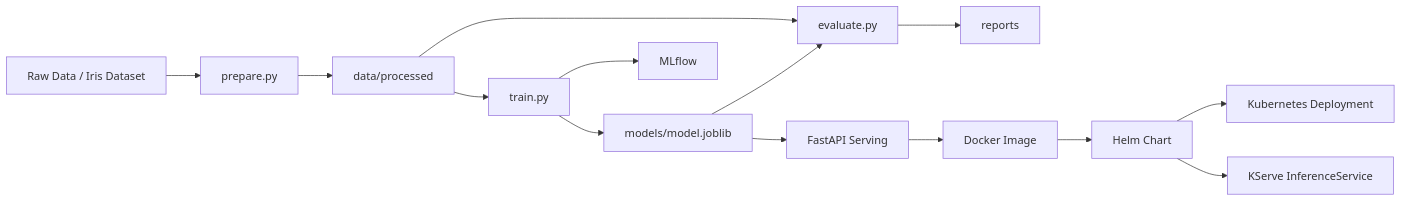
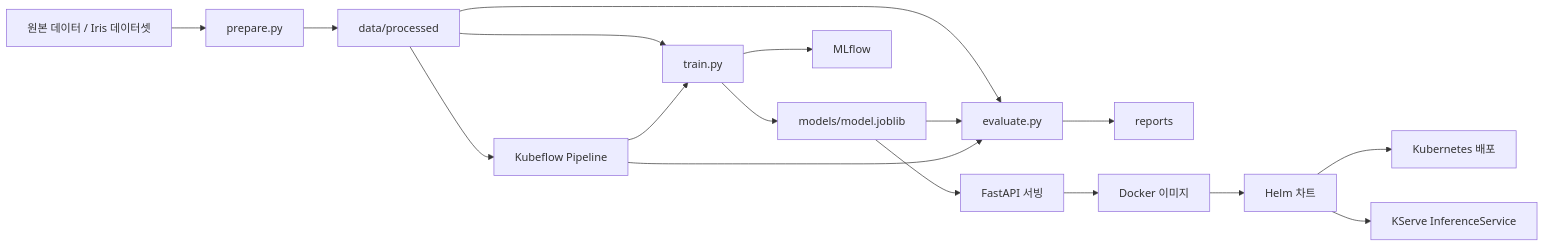
The first of 2 diagrams in docs/mlops-architecture-and-helm-deployment.md (kijungchoi-hub/pdp-mlops-with-dvc-and-mlflow), drawn with Mermaid before and after one commit. The commit also changed other lines of this file and 30 other files, not shown here.

````diff
--- a/docs/mlops-architecture-and-helm-deployment.md
+++ b/docs/mlops-architecture-and-helm-deployment.md
@@ -43,16 +54,19 @@
 ```mermaid
 flowchart LR
-    A[Raw Data / Iris Dataset] --> B[prepare.py]
+    A[원본 데이터 / Iris 데이터셋] --> B[prepare.py]
     B --> C[data/processed]
     C --> D[train.py]
     D --> E[models/model.joblib]
     D --> F[MLflow]
     C --> G[evaluate.py]
     E --> G
     G --> H[reports]
-    E --> I[FastAPI Serving]
-    I --> J[Docker Image]
-    J --> K[Helm Chart]
-    K --> L[Kubernetes Deployment]
+    C --> N[Kubeflow Pipeline]
+    N --> D
+    N --> G
+    E --> I[FastAPI 서빙]
+    I --> J[Docker 이미지]
+    J --> K[Helm 차트]
+    K --> L[Kubernetes 배포]
     K --> M[KServe InferenceService]
 ```
````
